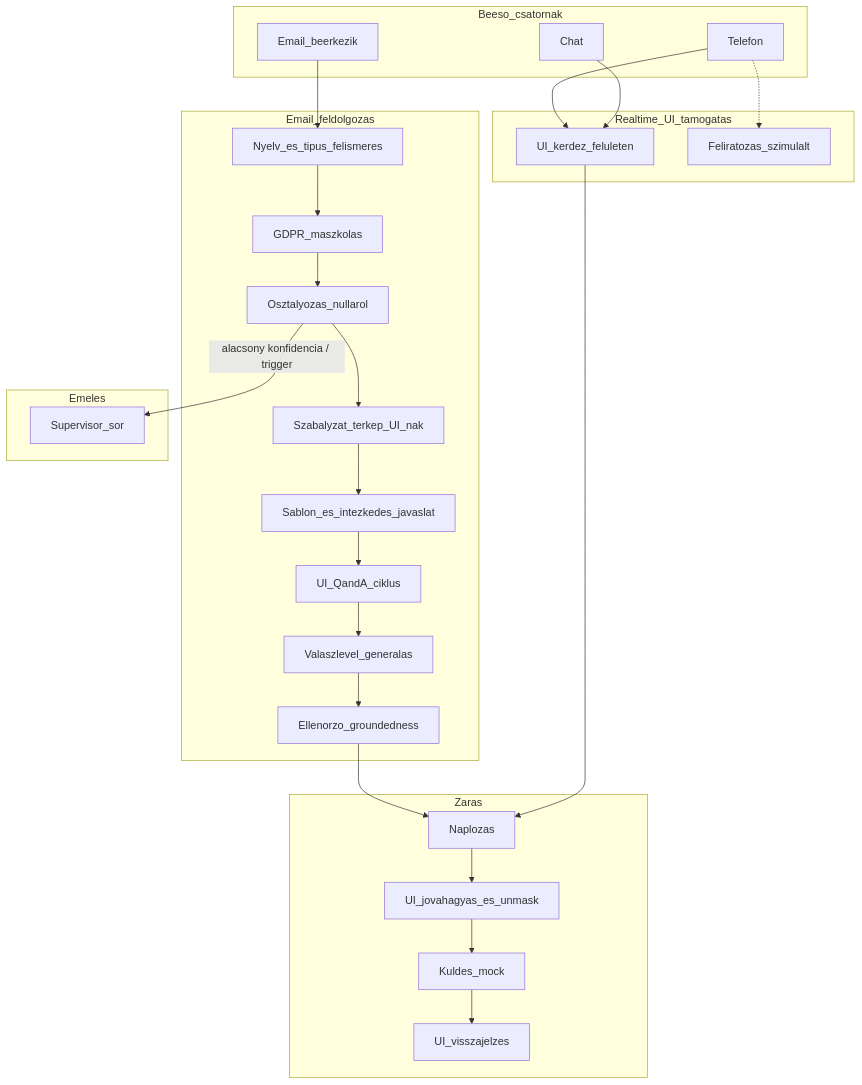
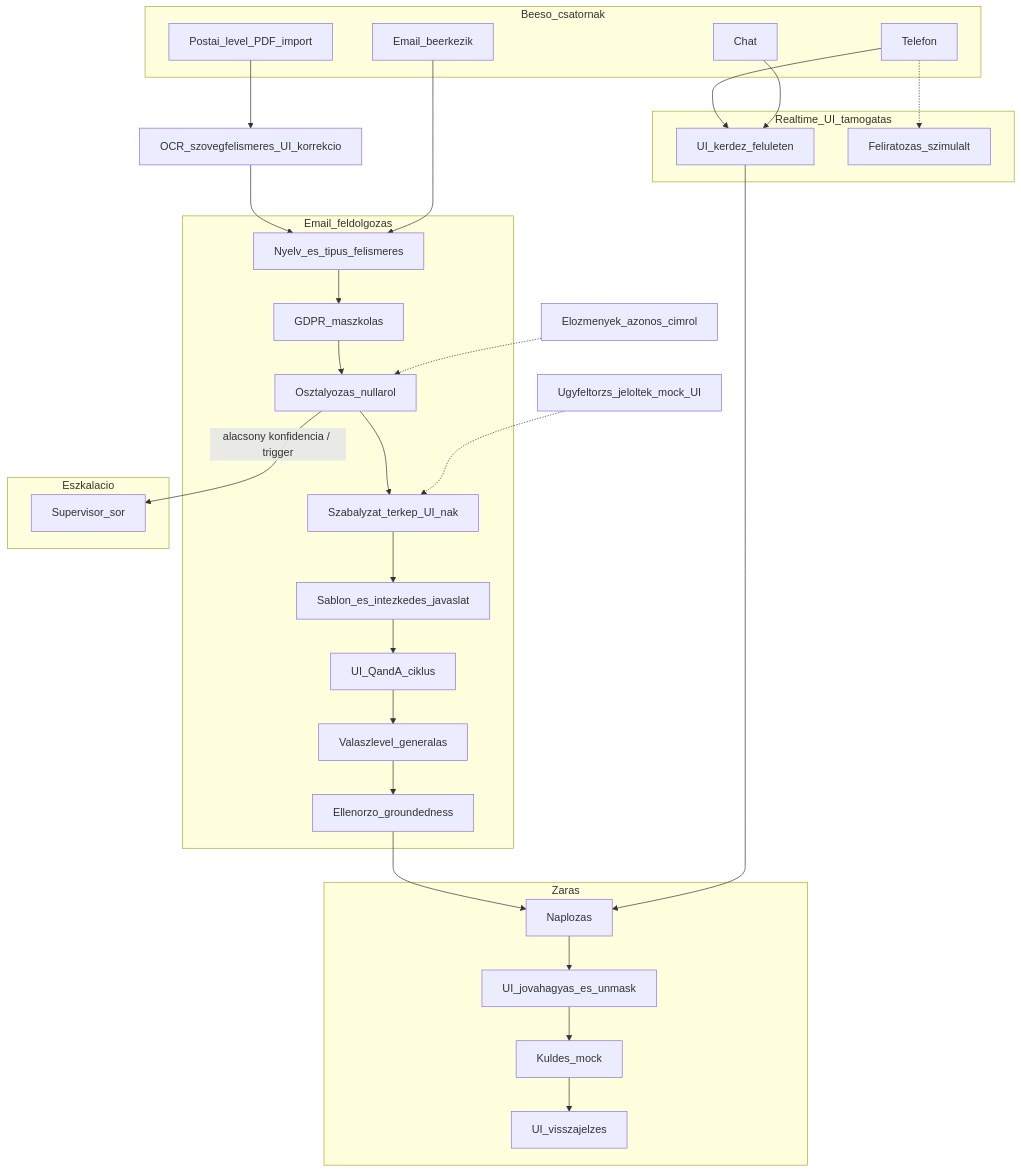
The diagram in ASZF_QnA_Agent_uzleti_spec.md (zsufera/ASZF_project), drawn with Mermaid before and after one commit. The commit also changed other lines of this file and 3 other files, not shown here.

````diff
--- a/ASZF_QnA_Agent_uzleti_spec.md
+++ b/ASZF_QnA_Agent_uzleti_spec.md
@@ -45,39 +45,44 @@
 ```mermaid
 flowchart TD
     subgraph inbound [Beeso_csatornak]
         Email[Email_beerkezik]
         Chat[Chat]
         Phone[Telefon]
+        Postal[Postai_level_PDF_import]
     end
     subgraph realtime [Realtime_UI_tamogatas]
         Copilot[UI_kerdez_feluleten]
         Transcript[Feliratozas_szimulalt]
     end
+    OCR[OCR_szovegfelismeres_UI_korrekcio]
     subgraph emailFlow [Email_feldolgozas]
         Lang[Nyelv_es_tipus_felismeres]
         Mask[GDPR_maszkolas]
         Classify[Osztalyozas_nullarol]
         DocMap[Szabalyzat_terkep_UI_nak]
         Template[Sablon_es_intezkedes_javaslat]
         FollowUp[UI_QandA_ciklus]
         GenLetter[Valaszlevel_generalas]
         Verify[Ellenorzo_groundedness]
     end
-    subgraph escalation [Emeles]
+    subgraph escalation [Eszkalacio]
         SupQueue[Supervisor_sor]
     end
     subgraph close [Zaras]
         Audit[Naplozas]
         Approve[UI_jovahagyas_es_unmask]
         SendOut[Kuldes_mock]
         Feedback[UI_visszajelzes]
     end
     Phone --> Copilot
     Chat --> Copilot
     Phone -.-> Transcript
+    Postal --> OCR --> Lang
     Email --> Lang --> Mask --> Classify --> DocMap --> Template --> FollowUp --> GenLetter --> Verify
+    History[Elozmenyek_azonos_cimrol] -.-> Classify
+    CustDir[Ugyfeltorzs_jeloltek_mock_UI] -.-> DocMap
     Classify -->|"alacsony konfidencia / trigger"| SupQueue
     Verify --> Audit
     Copilot --> Audit
     Audit --> Approve --> SendOut --> Feedback
 ```
````
